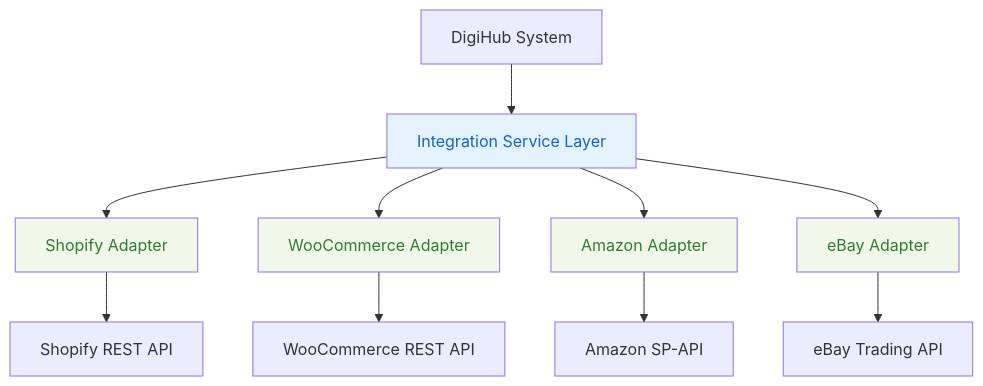
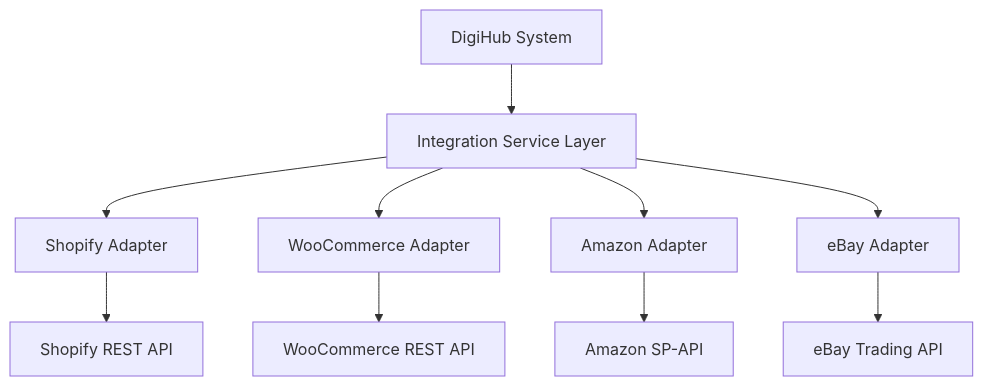
One commit to sandeepkumar0801/Digihub changed the fourth of 44 diagrams in README.md. Above: the diagram before and after it, drawn with Mermaid. The commit also changed other lines of this file, not shown here.

Commit message:
update diagram index

````diff
--- a/README.md
+++ b/README.md
@@ -718,19 +629,15 @@
 ```mermaid
 graph TD
     A[DigiHub System] --> B[Integration Service Layer]
     B --> C[Shopify Adapter]
     B --> D[WooCommerce Adapter]
     B --> E[Amazon Adapter]
     B --> F[eBay Adapter]
 
     C --> G[Shopify REST API]
     D --> H[WooCommerce REST API]
     E --> I[Amazon SP-API]
     F --> J[eBay Trading API]
 
-    style B fill:#e3f2fd,color:#1565c0
-    style C fill:#f1f8e9,color:#2e7d32
-    style D fill:#f1f8e9,color:#2e7d32
-    style E fill:#f1f8e9,color:#2e7d32
-    style F fill:#f1f8e9,color:#2e7d32
+
 ```
````
